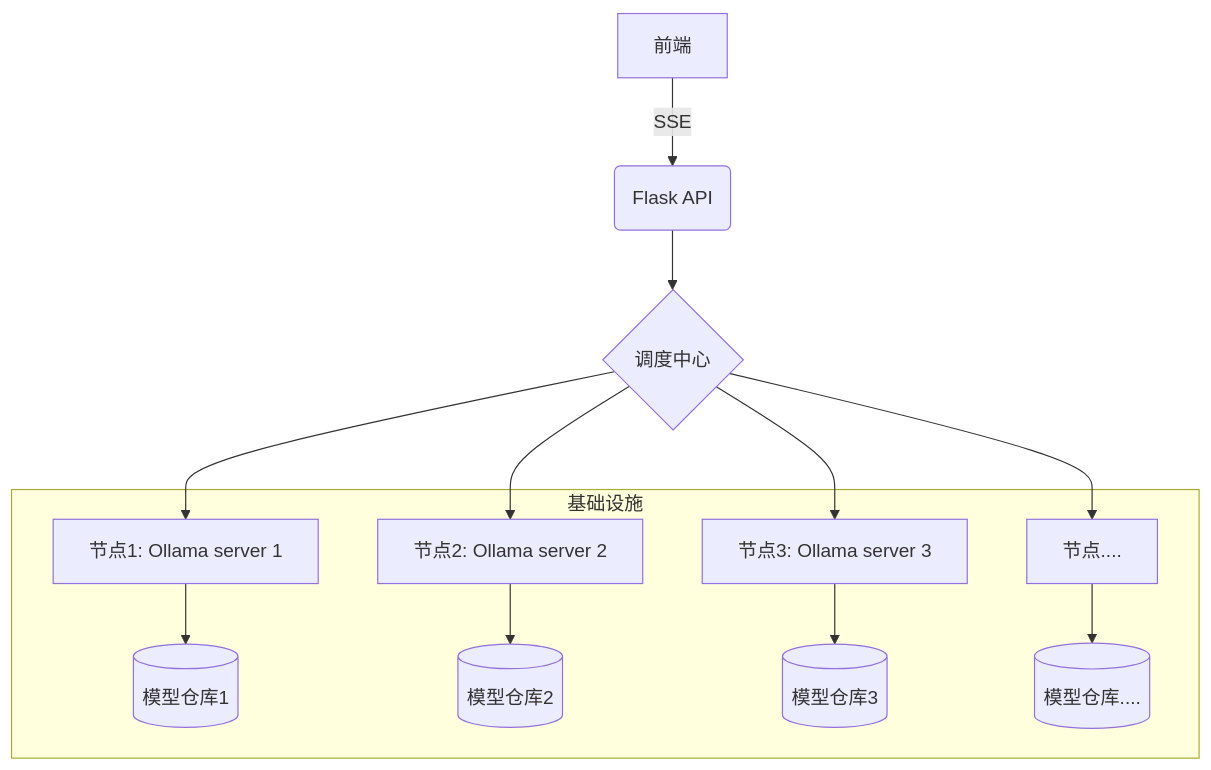
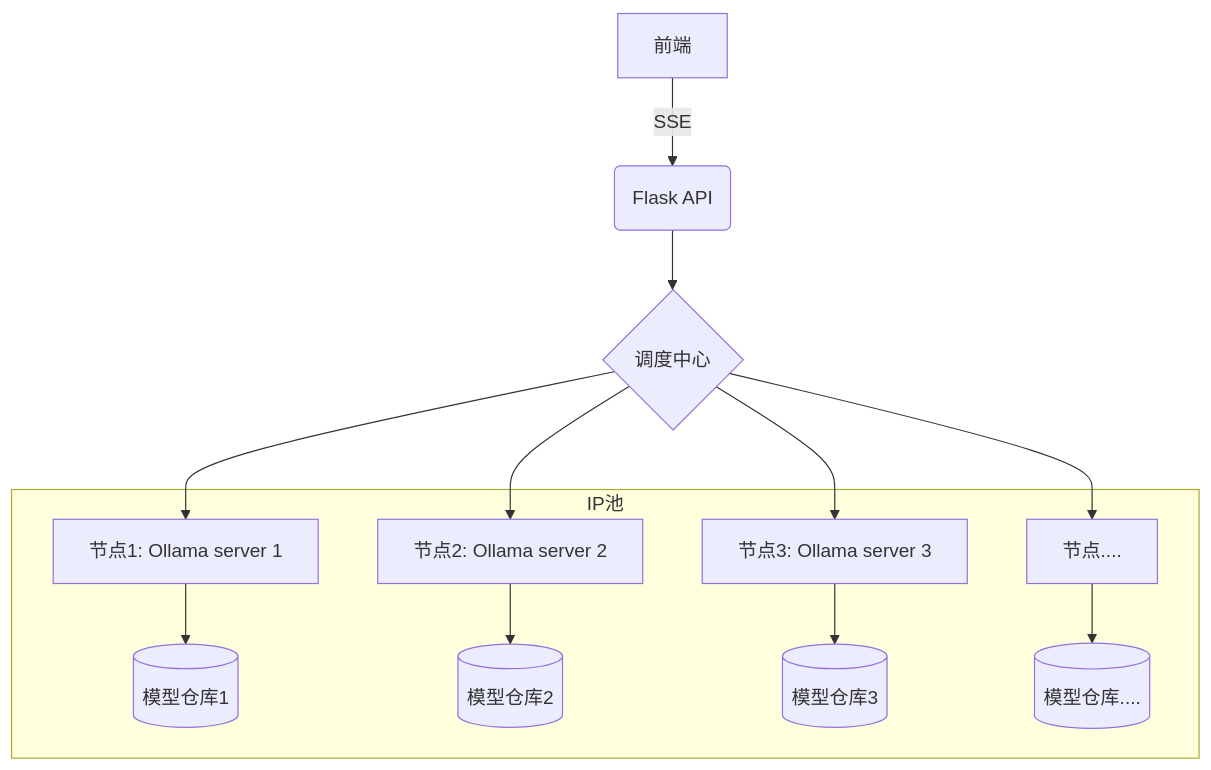
Before and after one commit to myh1011/free-ollama-chat: the diagram in README.md, drawn with Mermaid.

````diff
--- a/README.md
+++ b/README.md
@@ -43,15 +43,15 @@
 ```mermaid
 graph TD
     A[前端] -->|SSE| B(Flask API)
     B --> C{调度中心}
     C --> D[节点1: Ollama server 1]
     C --> E[节点2: Ollama server 2]
     C --> F[节点3: Ollama server 3]
     C --> G[节点....]
-    subgraph 基础设施
+    subgraph IP池
     D --> H[(模型仓库1)]
     E --> I[(模型仓库2)]
     F --> J[(模型仓库3)]
     G --> K[(模型仓库....)]
     end
 ```
````
